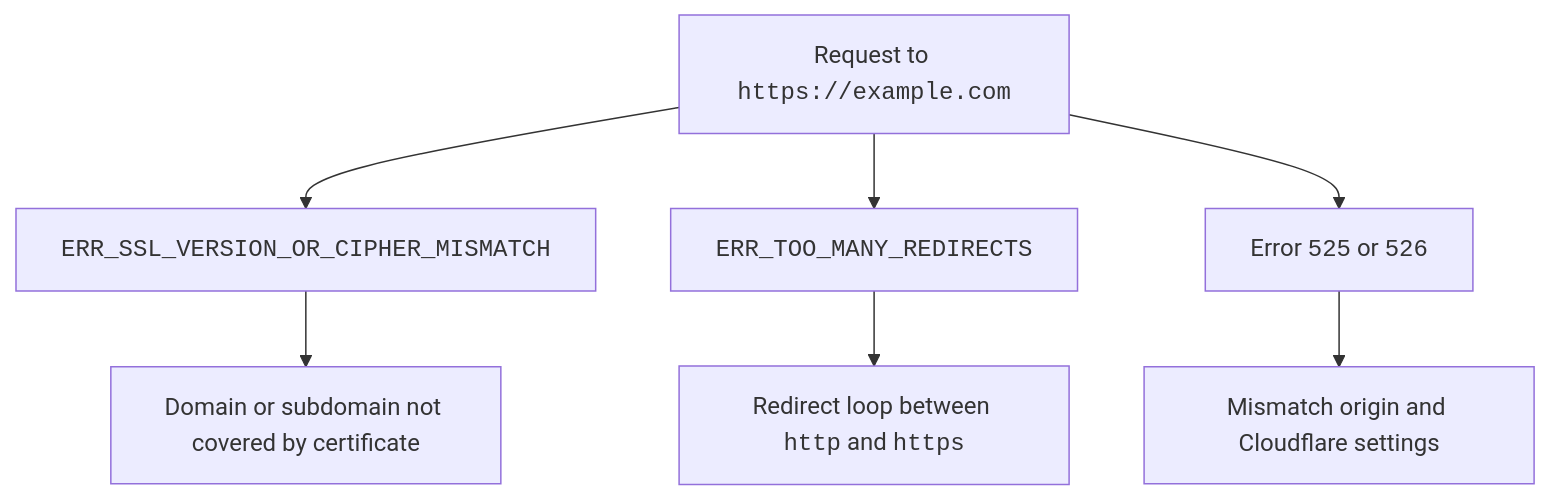
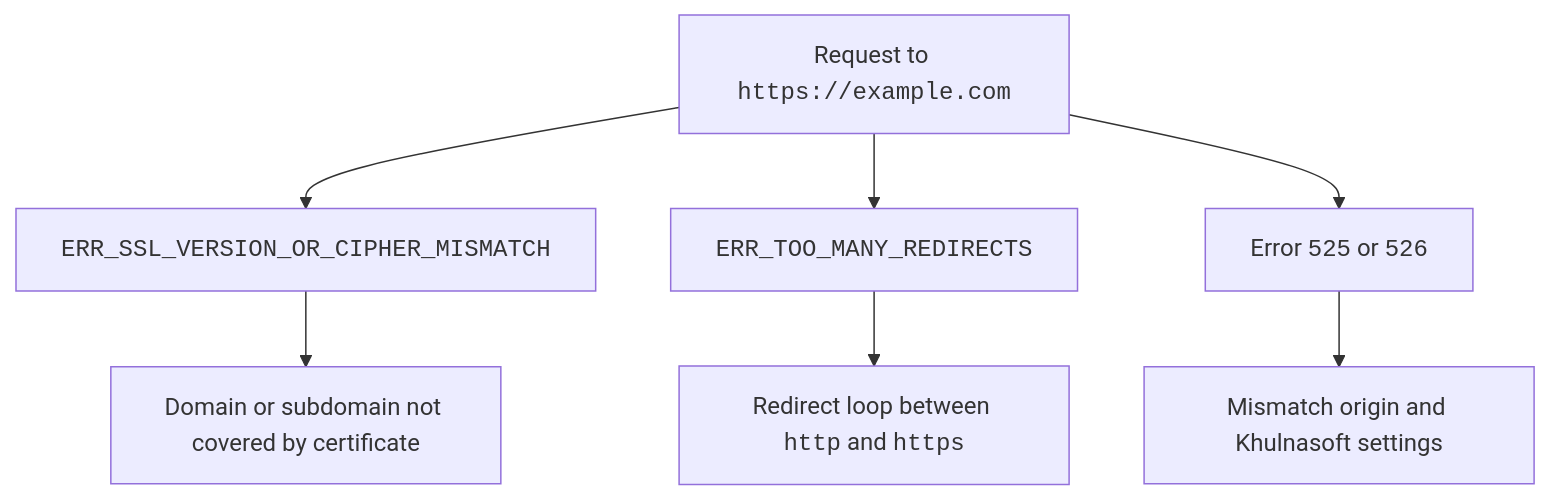
Before and after one commit to NxPKG/khulnasoft-docs: the diagram in content/learning-paths/get-started-free/onboarding/check-ssl.md, drawn with Mermaid. The commit also changed other lines of this file and 2914 other files, not shown here.

````diff
--- a/content/learning-paths/get-started-free/onboarding/check-ssl.md
+++ b/content/learning-paths/get-started-free/onboarding/check-ssl.md
@@ -32,10 +32,10 @@
 ```mermaid
 flowchart TD
 accTitle: Potential SSL/TLS issues
 A[Request to <code>https://example.com</code>] --> B[<code>ERR_SSL_VERSION_OR_CIPHER_MISMATCH</code>]
 B --> C[Domain or subdomain not covered by certificate]
 A --> D[<code>ERR_TOO_MANY_REDIRECTS</code>]
 D --> E[Redirect loop between <code>http</code> and <code>https</code>]
 A --> F[Error <code>525</code> or <code>526</code>]
-F --> G[Mismatch origin and Cloudflare settings]
+F --> G[Mismatch origin and Khulnasoft settings]
 ```
````
